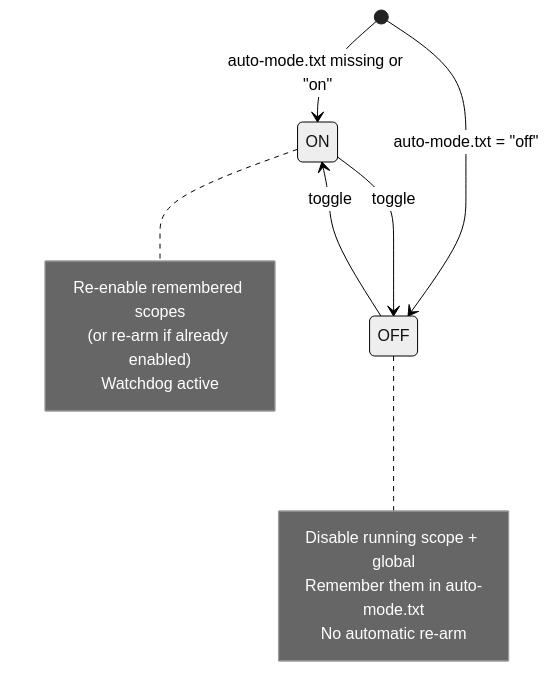
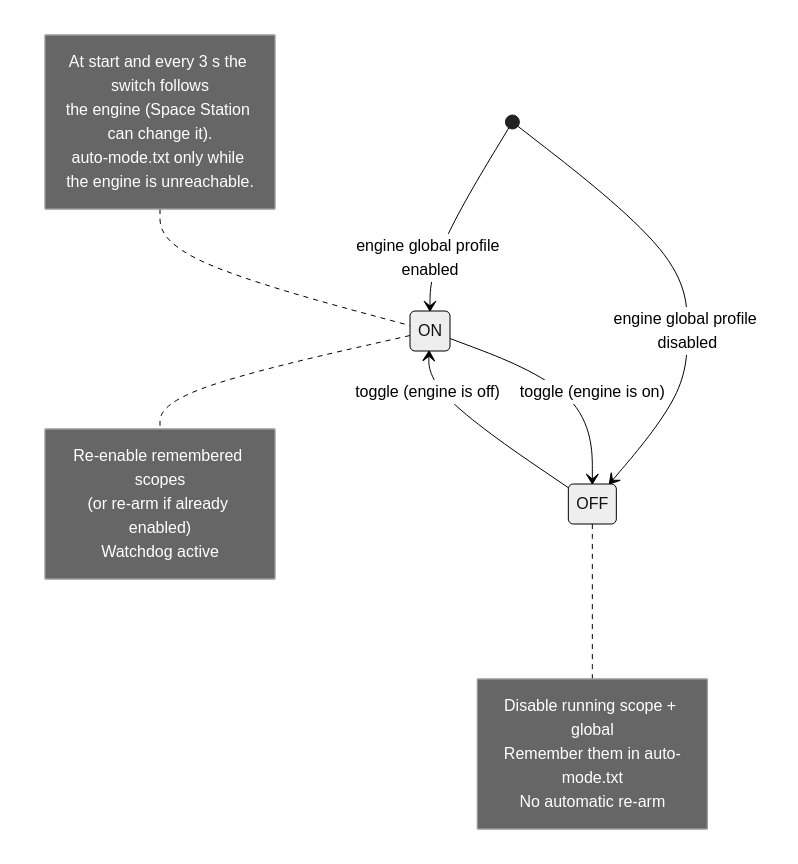
One commit to Emrise-r/flydigi-xhaptic-controller changed the third of 6 diagrams in DIAGRAM.md. Above: the diagram before and after it, drawn with Mermaid (neutral theme). The commit also changed 16 other files, not shown here.

First line of the commit message:
Own app icon (grey while OFF); master switch follows the engine

````diff
--- a/DIAGRAM.md
+++ b/DIAGRAM.md
@@ -39,19 +39,24 @@
 ```mermaid
 stateDiagram-v2
-    [*] --> ON: auto-mode.txt missing or "on"
-    [*] --> OFF: auto-mode.txt = "off"
+    [*] --> ON: engine global profile enabled
+    [*] --> OFF: engine global profile disabled
+    note left of ON
+        At start and every 3 s the switch follows
+        the engine (Space Station can change it).
+        auto-mode.txt only while the engine is unreachable.
+    end note
 
-    ON --> OFF: toggle
+    ON --> OFF: toggle (engine is on)
     note right of OFF
         Disable running scope + global
         Remember them in auto-mode.txt
         No automatic re-arm
     end note
 
-    OFF --> ON: toggle
+    OFF --> ON: toggle (engine is off)
     note right of ON
         Re-enable remembered scopes
         (or re-arm if already enabled)
         Watchdog active
     end note
 ```
````
